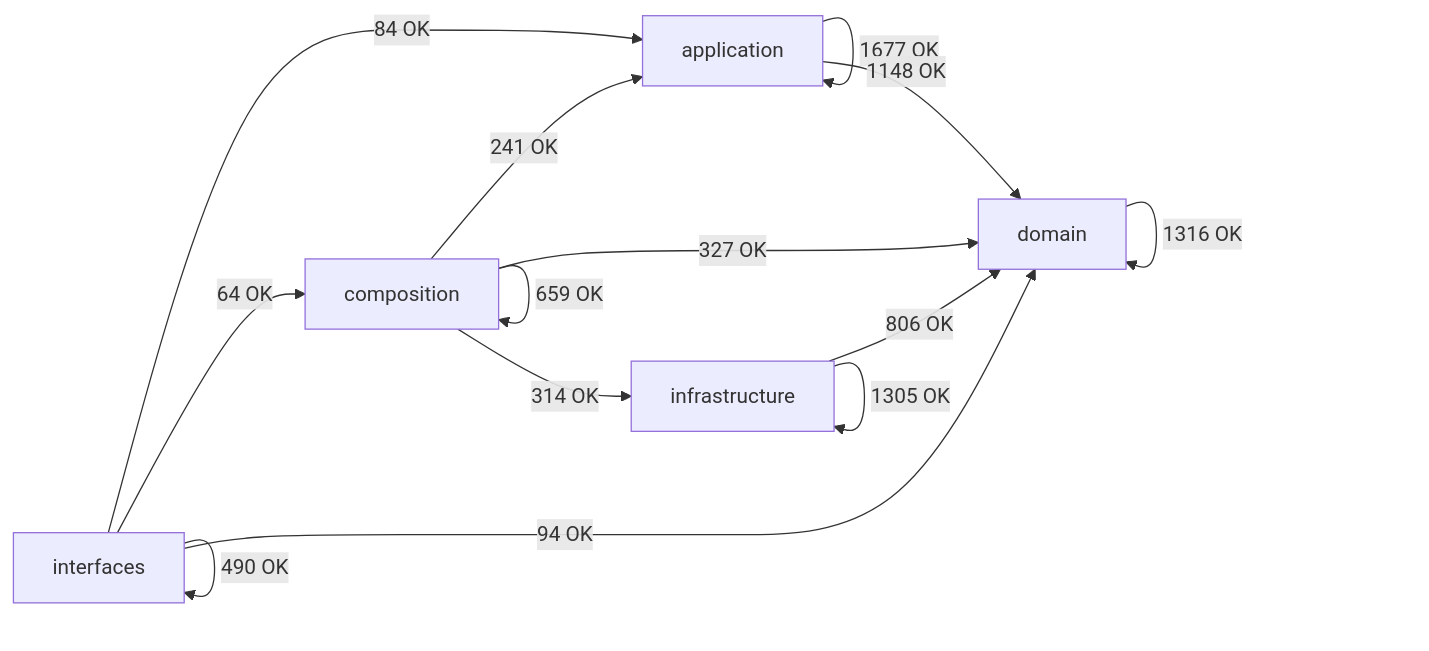
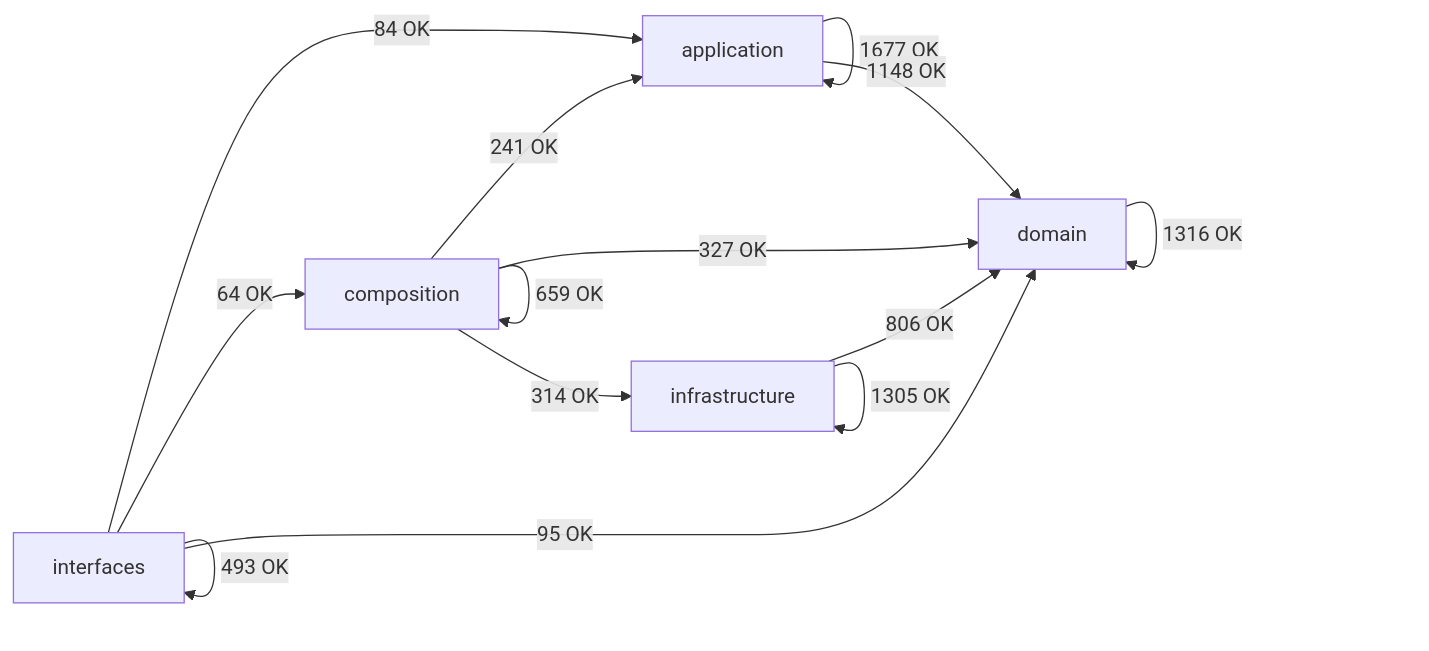
One commit to SatoryKono/BioactivityDataAcquisition changed the diagram in docs/02-architecture/generated/module-dependency-map.md. Above: the diagram before and after it, drawn with Mermaid. The commit also changed other lines of this file and 16 other files, not shown here.

Commit message:
fix(ci): repair Grafana architecture contracts without raising budgets

````diff
--- a/docs/02-architecture/generated/module-dependency-map.md
+++ b/docs/02-architecture/generated/module-dependency-map.md
@@ -17,21 +17,21 @@
 ```mermaid
 flowchart LR
     domain[domain]
     application[application]
     infrastructure[infrastructure]
     composition[composition]
     interfaces[interfaces]
     application -->|1677 OK| application
     application -->|1148 OK| domain
     composition -->|241 OK| application
     composition -->|659 OK| composition
     composition -->|327 OK| domain
     composition -->|314 OK| infrastructure
     domain -->|1316 OK| domain
     infrastructure -->|806 OK| domain
     infrastructure -->|1305 OK| infrastructure
     interfaces -->|84 OK| application
     interfaces -->|64 OK| composition
-    interfaces -->|94 OK| domain
-    interfaces -->|490 OK| interfaces
+    interfaces -->|95 OK| domain
+    interfaces -->|493 OK| interfaces
 ```
````
